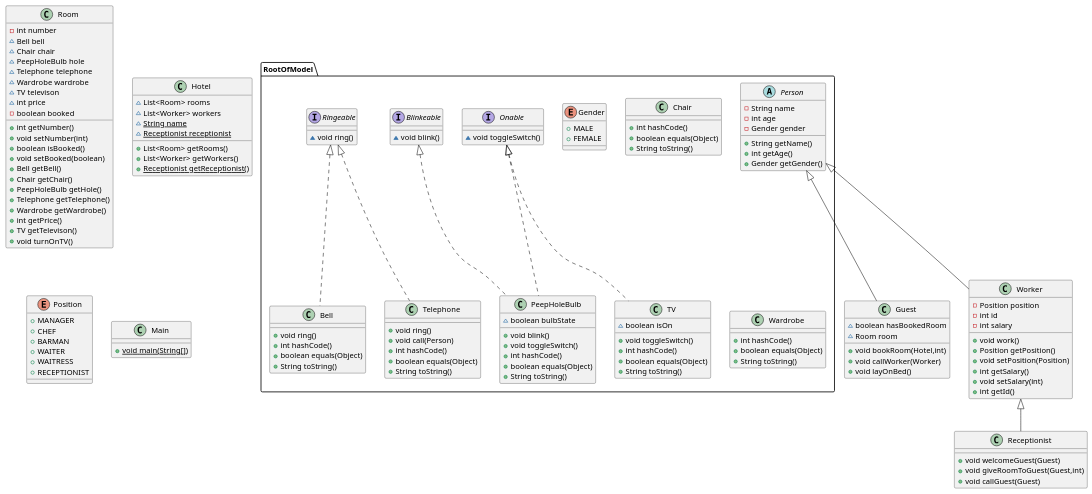
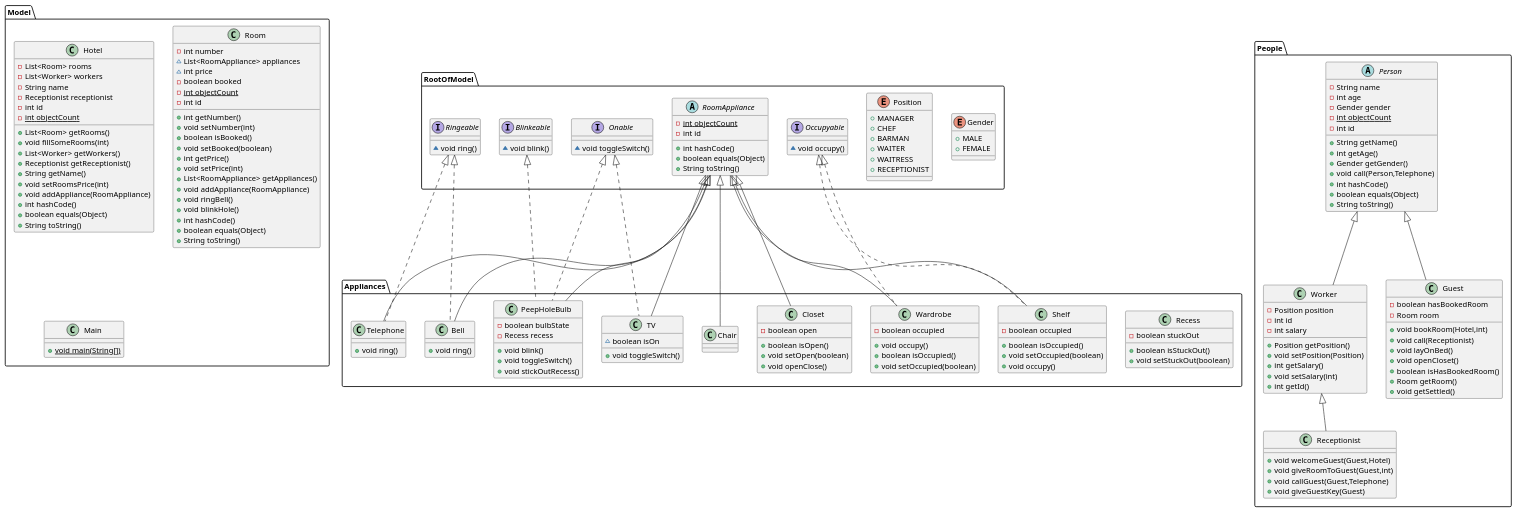
The diagram in UML.puml (ikedestiny/ProgLab3), drawn with PlantUML before and after one commit. The commit also changed 31 other files, not shown here.

```diff
--- a/UML.puml
+++ b/UML.puml
@@ -1,137 +1,178 @@
 @startuml
-class Receptionist {
-+ void welcomeGuest(Guest)
-+ void giveRoomToGuest(Guest,int)
-+ void callGuest(Guest)
-}
 enum RootOfModel.Gender {
 +  MALE
 +  FEMALE
 }
-class RootOfModel.TV {
-~ boolean isOn
-+ void toggleSwitch()
+class Model.Hotel {
+- List<Room> rooms
+- List<Worker> workers
+- String name
+- Receptionist receptionist
+- int id
+- {static} int objectCount
++ List<Room> getRooms()
++ void fillSomeRooms(int)
++ List<Worker> getWorkers()
++ Receptionist getReceptionist()
++ String getName()
++ void setRoomsPrice(int)
++ void addAppliance(RoomAppliance)
 + int hashCode()
 + boolean equals(Object)
 + String toString()
 }
-class RootOfModel.PeepHoleBulb {
-~ boolean bulbState
-+ void blink()
-+ void toggleSwitch()
-+ int hashCode()
-+ boolean equals(Object)
-+ String toString()
-}
-class Guest {
-~ boolean hasBookedRoom
-~ Room room
-+ void bookRoom(Hotel,int)
-+ void callWorker(Worker)
-+ void layOnBed()
-}
-class Worker {
+class People.Worker {
 - Position position
 - int id
 - int salary
-+ void work()
 + Position getPosition()
 + void setPosition(Position)
 + int getSalary()
 + void setSalary(int)
 + int getId()
 }
-abstract class RootOfModel.Person {
-- String name
-- int age
-- Gender gender
-+ String getName()
-+ int getAge()
-+ Gender getGender()
+class Appliances.Recess {
+- boolean stuckOut
++ boolean isStuckOut()
++ void setStuckOut(boolean)
 }
-interface RootOfModel.Onable {
-~ void toggleSwitch()
+class People.Receptionist {
++ void welcomeGuest(Guest,Hotel)
++ void giveRoomToGuest(Guest,int)
++ void callGuest(Guest,Telephone)
++ void giveGuestKey(Guest)
 }
-class Room {
-- int number
-~ Bell bell
-~ Chair chair
-~ PeepHoleBulb hole
-~ Telephone telephone
-~ Wardrobe wardrobe
-~ TV televison
-~ int price
-- boolean booked
-+ int getNumber()
-+ void setNumber(int)
-+ boolean isBooked()
-+ void setBooked(boolean)
-+ Bell getBell()
-+ Chair getChair()
-+ PeepHoleBulb getHole()
-+ Telephone getTelephone()
-+ Wardrobe getWardrobe()
-+ int getPrice()
-+ TV getTelevison()
-+ void turnOnTV()
+class Appliances.Wardrobe {
+- boolean occupied
++ void occupy()
++ boolean isOccupied()
++ void setOccupied(boolean)
 }
-class RootOfModel.Telephone {
-+ void ring()
-+ void call(Person)
-+ int hashCode()
-+ boolean equals(Object)
-+ String toString()
+class People.Guest {
+- boolean hasBookedRoom
+- Room room
++ void bookRoom(Hotel,int)
++ void call(Receptionist)
++ void layOnBed()
++ void openCloset()
++ boolean isHasBookedRoom()
++ Room getRoom()
++ void getSettled()
 }
-class RootOfModel.Chair {
-+ int hashCode()
-+ boolean equals(Object)
-+ String toString()
-}
-class RootOfModel.Bell {
-+ void ring()
-+ int hashCode()
-+ boolean equals(Object)
-+ String toString()
-}
-class Hotel {
-~ List<Room> rooms
-~ List<Worker> workers
-~ {static} String name
-~ {static} Receptionist receptionist
-+ List<Room> getRooms()
-+ List<Worker> getWorkers()
-+ {static} Receptionist getReceptionist()
-}
-enum Position {
+enum RootOfModel.Position {
 +  MANAGER
 +  CHEF
 +  BARMAN
 +  WAITER
 +  WAITRESS
 +  RECEPTIONIST
 }
+interface RootOfModel.Onable {
+~ void toggleSwitch()
+}
+class Appliances.Telephone {
++ void ring()
+}
+interface RootOfModel.Occupyable {
+~ void occupy()
+}
+abstract class RootOfModel.RoomAppliance {
+- {static} int objectCount
+- int id
++ int hashCode()
++ boolean equals(Object)
++ String toString()
+}
+class Appliances.Shelf {
+- boolean occupied
++ boolean isOccupied()
++ void setOccupied(boolean)
++ void occupy()
+}
+class Model.Room {
+- int number
+~ List<RoomAppliance> appliances
+~ int price
+- boolean booked
+- {static} int objectCount
+- int id
++ int getNumber()
++ void setNumber(int)
++ boolean isBooked()
++ void setBooked(boolean)
++ int getPrice()
++ void setPrice(int)
++ List<RoomAppliance> getAppliances()
++ void addAppliance(RoomAppliance)
++ void ringBell()
++ void blinkHole()
++ int hashCode()
++ boolean equals(Object)
++ String toString()
+}
+abstract class People.Person {
+- String name
+- int age
+- Gender gender
+- {static} int objectCount
+- int id
++ String getName()
++ int getAge()
++ Gender getGender()
++ void call(Person,Telephone)
++ int hashCode()
++ boolean equals(Object)
++ String toString()
+}
+class Appliances.Chair {
+}
+class Model.Main {
++ {static} void main(String[])
+}
 interface RootOfModel.Ringeable {
 ~ void ring()
 }
 interface RootOfModel.Blinkeable {
 ~ void blink()
 }
-class Main {
-+ {static} void main(String[])
+class Appliances.TV {
+~ boolean isOn
++ void toggleSwitch()
 }
-class RootOfModel.Wardrobe {
-+ int hashCode()
-+ boolean equals(Object)
-+ String toString()
+class Appliances.Bell {
++ void ring()
+}
+class Appliances.PeepHoleBulb {
+- boolean bulbState
+- Recess recess
++ void blink()
++ void toggleSwitch()
++ void stickOutRecess()
+}
+class Appliances.Closet {
+- boolean open
++ boolean isOpen()
++ void setOpen(boolean)
++ void openClose()
 }
 
 
-Worker <|-- Receptionist
-RootOfModel.Onable <|.. RootOfModel.TV
-RootOfModel.Onable <|.. RootOfModel.PeepHoleBulb
-RootOfModel.Blinkeable <|.. RootOfModel.PeepHoleBulb
-RootOfModel.Person <|-- Guest
-RootOfModel.Person <|-- Worker
-RootOfModel.Ringeable <|.. RootOfModel.Telephone
-RootOfModel.Ringeable <|.. RootOfModel.Bell
+People.Person <|-- People.Worker
+People.Worker <|-- People.Receptionist
+RootOfModel.Occupyable <|.. Appliances.Wardrobe
+RootOfModel.RoomAppliance <|-- Appliances.Wardrobe
+People.Person <|-- People.Guest
+RootOfModel.Ringeable <|.. Appliances.Telephone
+RootOfModel.RoomAppliance <|-- Appliances.Telephone
+RootOfModel.Occupyable <|.. Appliances.Shelf
+RootOfModel.RoomAppliance <|-- Appliances.Shelf
+RootOfModel.RoomAppliance <|-- Appliances.Chair
+RootOfModel.Onable <|.. Appliances.TV
+RootOfModel.RoomAppliance <|-- Appliances.TV
+RootOfModel.Ringeable <|.. Appliances.Bell
+RootOfModel.RoomAppliance <|-- Appliances.Bell
+RootOfModel.Onable <|.. Appliances.PeepHoleBulb
+RootOfModel.Blinkeable <|.. Appliances.PeepHoleBulb
+RootOfModel.RoomAppliance <|-- Appliances.PeepHoleBulb
+RootOfModel.RoomAppliance <|-- Appliances.Closet
 @enduml
```
